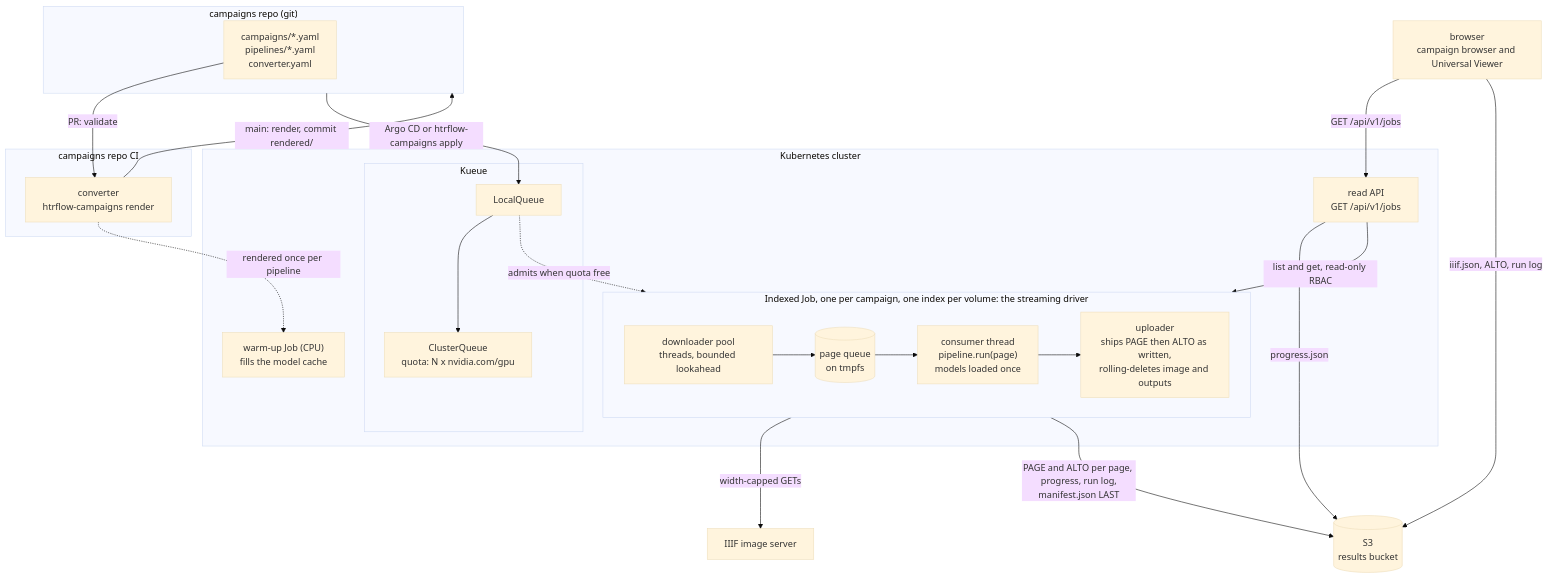
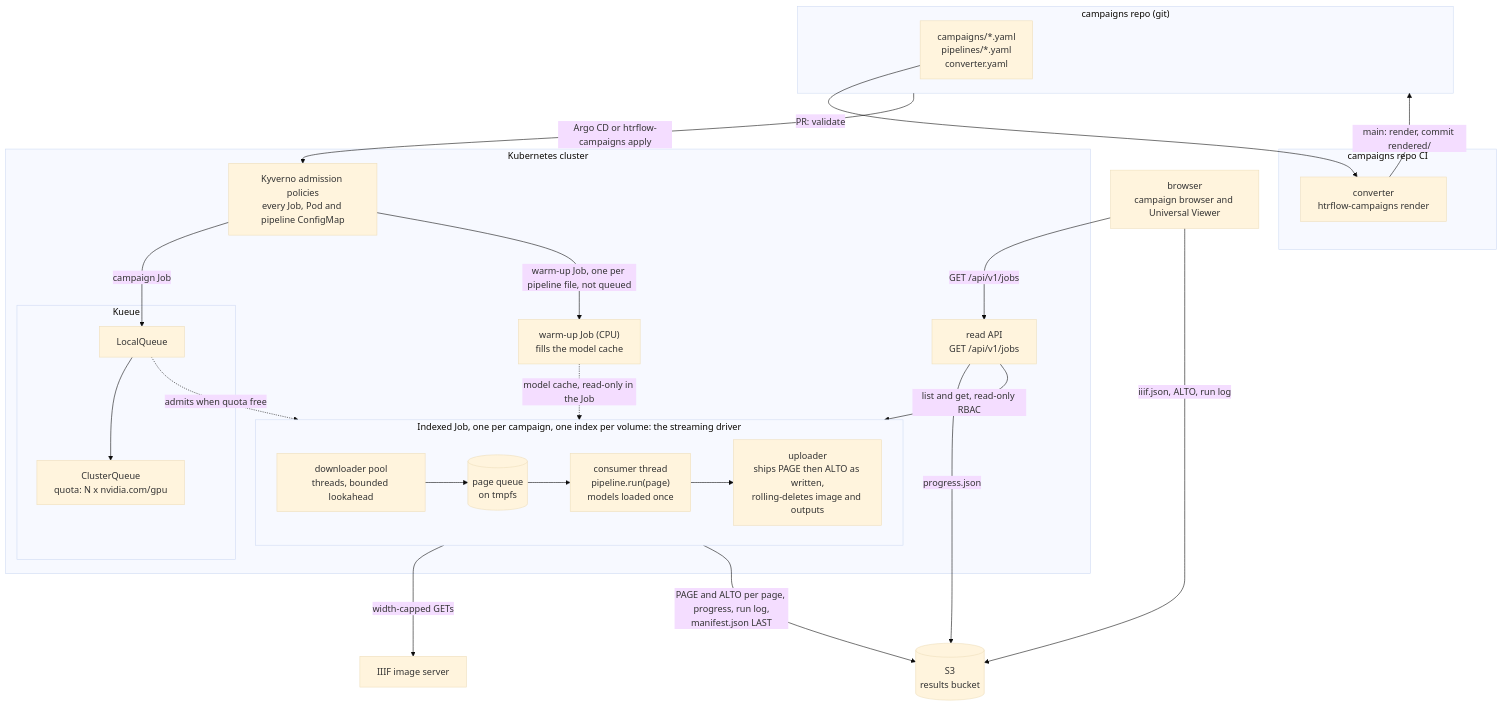
Before and after one commit to AI-Riksarkivet/htrflow-batch: the first of 2 diagrams in docs/how-it-works/architecture.md, drawn with Mermaid (base theme). The commit also changed 2 other files, not shown here.

Commit message:
docs(diagrams): Kyverno admits the warm-up Job too; only the campaign Job goes through Kueue
Kyverno's policies match every Job and Pod in the namespace plus the converter's ConfigMaps, so the warm-up Job — which loads the pipeline's models — is checked the same as the campaign Job. The diagrams drew Kyverno as a step in one chain before Kueue, which hid that. The warm-up carries no queue label, so it skips Kueue, and it feeds the Job the model cache. Also: one warm-up Job per pipeline file, and image signatures are an optional policy.

Claude-Session: https://claude.ai/code/session_01WVYFeZuDu8guBbvkBzCBhN

````diff
--- a/docs/how-it-works/architecture.md
+++ b/docs/how-it-works/architecture.md
@@ -6,44 +6,48 @@
 ```mermaid
 flowchart TB
     subgraph git["campaigns repo (git)"]
         CAMP["campaigns/*.yaml<br/>pipelines/*.yaml<br/>converter.yaml"]
     end
 
     subgraph ci["campaigns repo CI"]
         CONV["converter<br/>htrflow-campaigns render"]
     end
 
     subgraph cluster["Kubernetes cluster"]
+        KYV["Kyverno admission policies<br/>every Job, Pod and pipeline ConfigMap"]
+
         subgraph queueing["Kueue"]
             LQ["LocalQueue"] --> CQ["ClusterQueue<br/>quota: N x nvidia.com/gpu"]
         end
 
         subgraph job["Indexed Job, one per campaign, one index per volume: the streaming driver"]
             direction LR
             DLP["downloader pool<br/>threads, bounded lookahead"]
             PQ[("page queue<br/>on tmpfs")]
             CONS["consumer thread<br/>pipeline.run(page)<br/>models loaded once"]
             UPL["uploader<br/>ships PAGE then ALTO as written,<br/>rolling-deletes image and outputs"]
             DLP --> PQ --> CONS --> UPL
         end
 
         WARM["warm-up Job (CPU)<br/>fills the model cache"]
         API["read API<br/>GET /api/v1/jobs"]
         LQ -.->|admits when quota free| job
         API -->|"list and get, read-only RBAC"| job
     end
 
     IIIF["IIIF image server"]
     S3[("S3<br/>results bucket")]
     BROWSER["browser<br/>campaign browser and Universal Viewer"]
 
     CAMP -->|"PR: validate"| CONV
     CONV -->|"main: render, commit rendered/"| git
-    git -->|"Argo CD or htrflow-campaigns apply"| LQ
-    CONV -.->|"rendered once per pipeline"| WARM
+    git -->|"Argo CD or htrflow-campaigns apply"| KYV
+    KYV -->|"campaign Job"| LQ
+    KYV -->|"warm-up Job, one per pipeline file, not queued"| WARM
+    WARM -.->|"model cache, read-only in the Job"| job
     DLP -->|"width-capped GETs"| IIIF
     UPL -->|"PAGE and ALTO per page, progress, run log,<br/>manifest.json LAST"| S3
     API -->|"progress.json"| S3
     BROWSER -->|"GET /api/v1/jobs"| API
     BROWSER -->|"iiif.json, ALTO, run log"| S3
 ```
````
